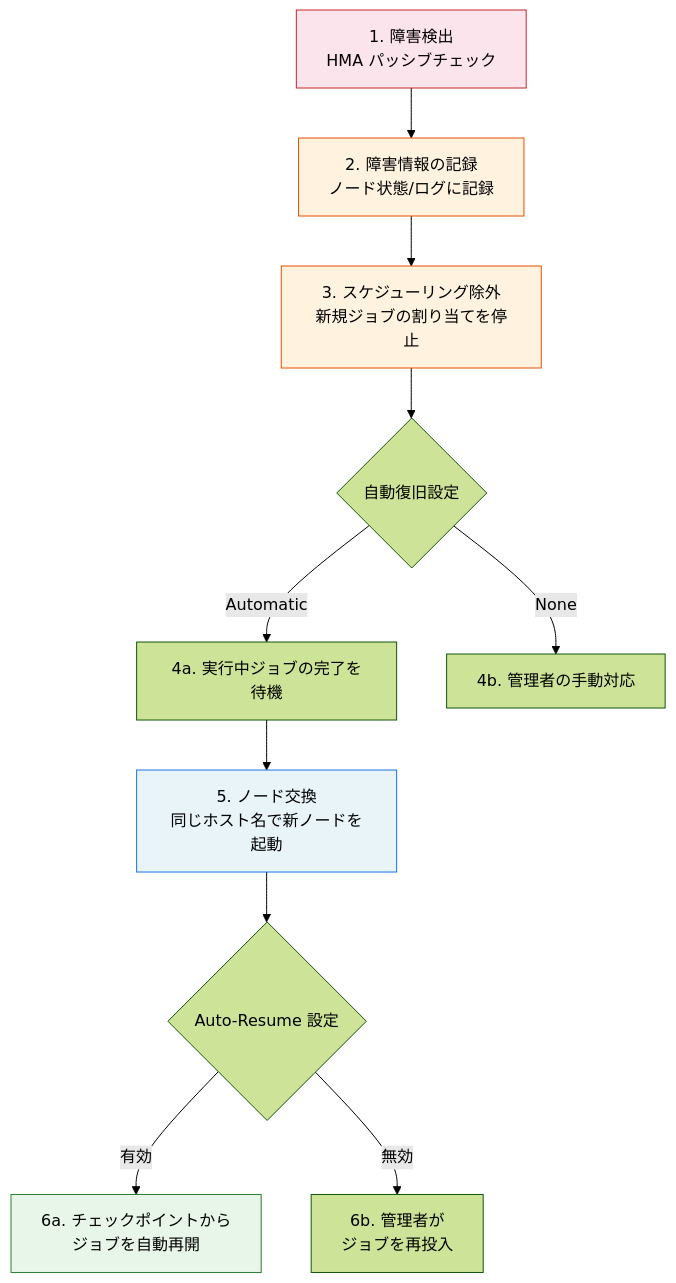
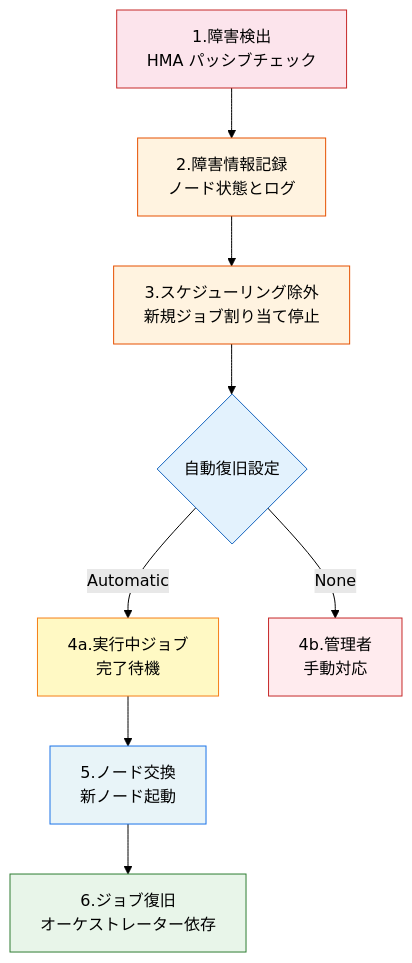
One commit to littlemex/zenn changed the sixth of 6 diagrams in articles/0742d879958d3a.md. Above: the diagram before and after it, drawn with Mermaid (forest theme). The commit also changed other lines of this file, not shown here.

````diff
--- a/articles/0742d879958d3a.md
+++ b/articles/0742d879958d3a.md
@@ -402,18 +348,19 @@
 ```mermaid
-graph TD
-    A["1. 障害検出<br/>HMA パッシブチェック"] --> B["2. 障害情報の記録<br/>ノード状態/ログに記録"]
-    B --> C["3. スケジューリング除外<br/>新規ジョブの割り当てを停止"]
-    C --> D{"自動復旧設定"}
-    D -->|"Automatic"| E["4a. 実行中ジョブの完了を待機"]
-    D -->|"None"| F["4b. 管理者の手動対応"]
-    E --> G["5. ノード交換<br/>同じホスト名で新ノードを起動"]
-    G --> H{"Auto-Resume 設定"}
-    H -->|有効| I["6a. チェックポイントから<br/>ジョブを自動再開"]
-    H -->|無効| J["6b. 管理者が<br/>ジョブを再投入"]
+flowchart TD
+    A[1.障害検出<br/>HMA パッシブチェック] --> B[2.障害情報記録<br/>ノード状態とログ]
+    B --> C[3.スケジューリング除外<br/>新規ジョブ割り当て停止]
+    C --> D{自動復旧設定}
+    D -->|Automatic| E[4a.実行中ジョブ<br/>完了待機]
+    D -->|None| F[4b.管理者<br/>手動対応]
+    E --> G[5.ノード交換<br/>新ノード起動]
+    G --> H[6.ジョブ復旧<br/>オーケストレーター依存]
 
-    style A fill: #fce4ec,stroke: #c62828
-    style B fill: #fff3e0,stroke: #e65100
-    style C fill: #fff3e0,stroke: #e65100
-    style G fill: #e8f4f8,stroke: #1a73e8
-    style I fill: #e8f5e9,stroke: #2e7d32
+    style A fill: #fce4ec,stroke: #c62828,color: #000
+    style B fill: #fff3e0,stroke: #e65100,color: #000
+    style C fill: #fff3e0,stroke: #e65100,color: #000
+    style D fill: #e3f2fd,stroke: #1565c0,color: #000
+    style E fill: #fff9c4,stroke: #f57f17,color: #000
+    style F fill: #ffebee,stroke: #c62828,color: #000
+    style G fill: #e8f4f8,stroke: #1a73e8,color: #000
+    style H fill: #e8f5e9,stroke: #2e7d32,color: #000
 ```
````
